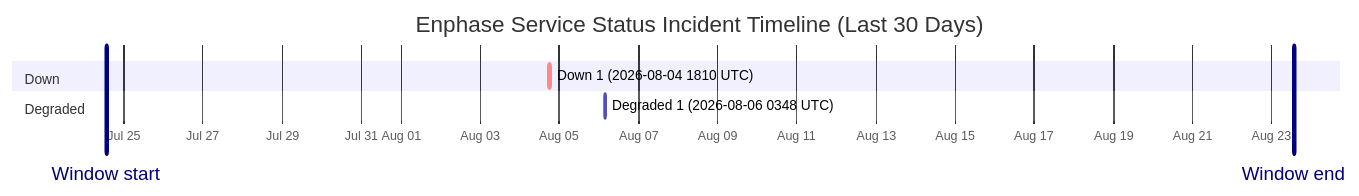
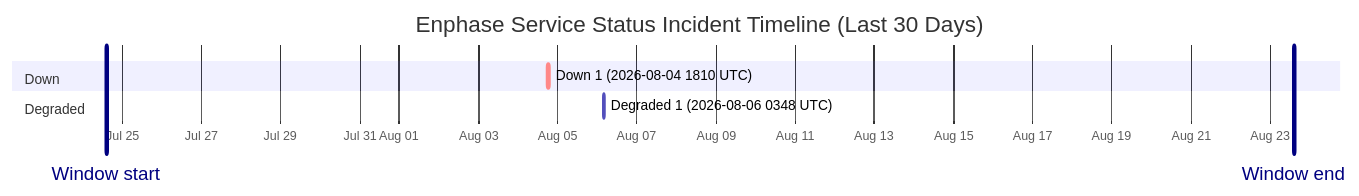
The diagram in wiki/Service-Status-History.md (barneyonline/ha-enphase-energy), drawn with Mermaid before and after one commit. The commit also changed other lines of this file and 3 other files, not shown here.

````diff
--- a/wiki/Service-Status-History.md
+++ b/wiki/Service-Status-History.md
@@ -14,12 +14,12 @@
 ```mermaid
 gantt
     title Enphase Service Status Incident Timeline (Last 30 Days)
     dateFormat  YYYY-MM-DDTHH:mm:ss
     axisFormat  %b %d
-    Window start :vert, window-start, 2026-07-24T13:30:32, 0ms
-    Window end :vert, window-end, 2026-08-23T13:30:32, 0ms
+    Window start :vert, window-start, 2026-07-24T14:20:53, 0ms
+    Window end :vert, window-end, 2026-08-23T14:20:53, 0ms
     section Down
     Down 1 (2026-08-04 1810 UTC) :crit, down-1, 2026-08-04T18:10:46, 60m
     section Degraded
     Degraded 1 (2026-08-06 0348 UTC) :active, degraded-1, 2026-08-06T03:48:14, 60m
 ```
````
